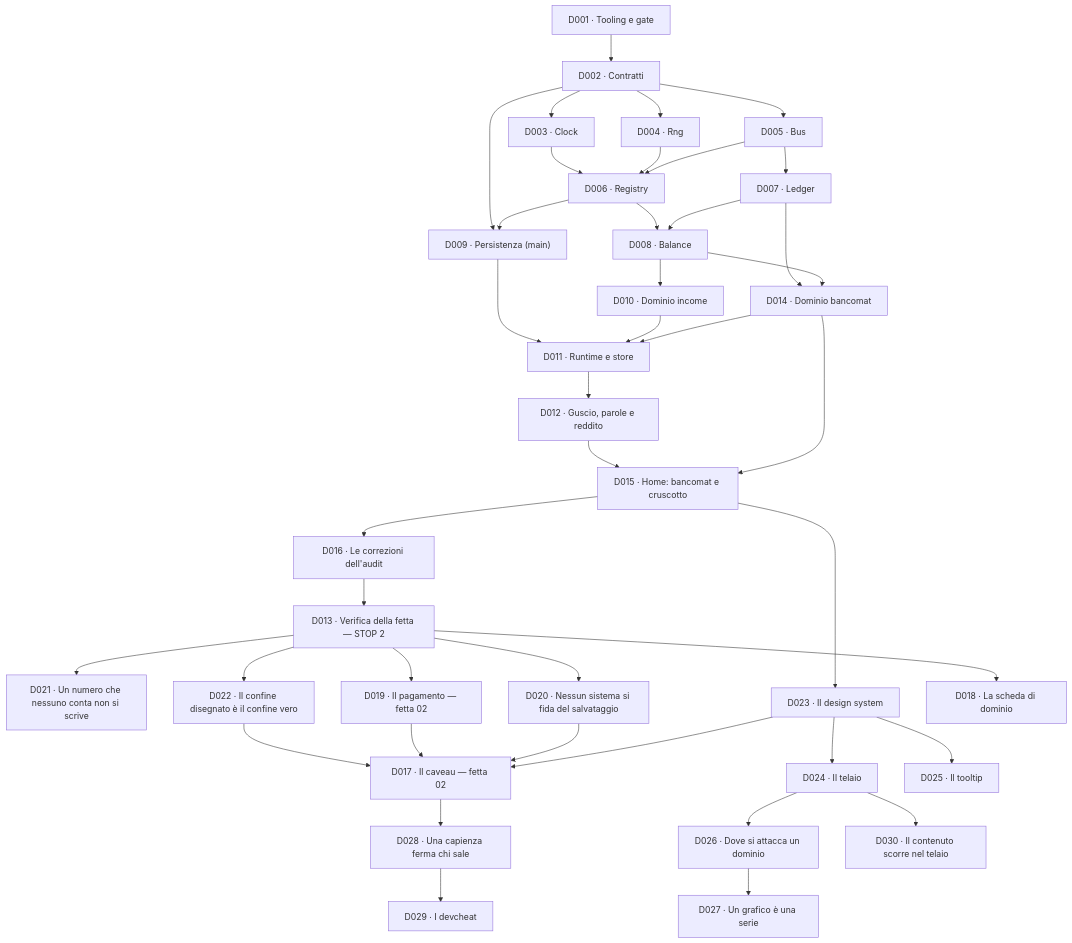
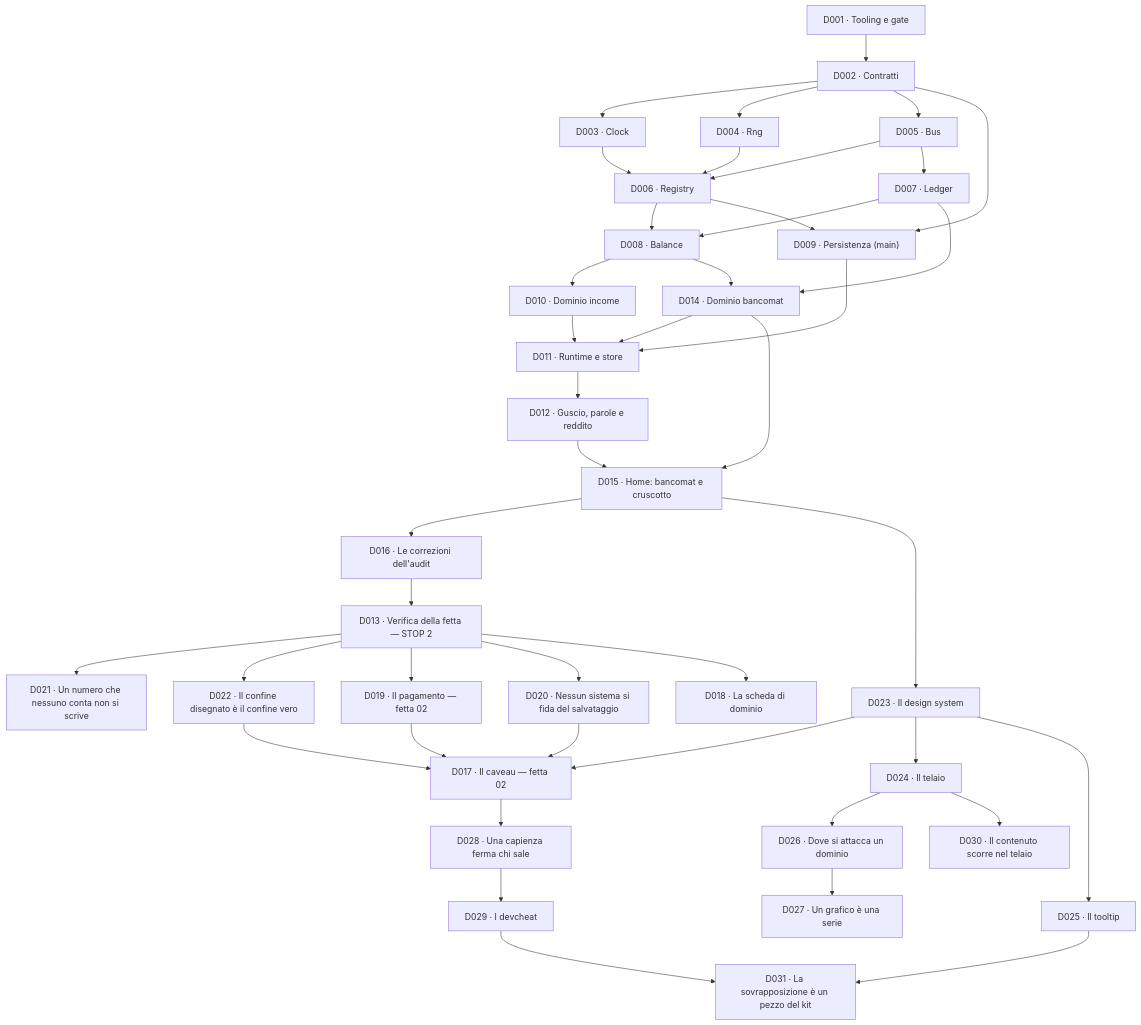
The diagram in docs/delega/README.md (devfrx/solvent), drawn with Mermaid before and after one commit. The commit also changed other lines of this file and 4 other files, not shown here.

````diff
--- a/docs/delega/README.md
+++ b/docs/delega/README.md
@@ -74,43 +74,45 @@
 ```mermaid
 flowchart TD
   D001["D001 · Tooling e gate"] --> D002["D002 · Contratti"]
   D002 --> D003["D003 · Clock"]
   D002 --> D004["D004 · Rng"]
   D002 --> D005["D005 · Bus"]
   D003 --> D006["D006 · Registry"]
   D004 --> D006
   D005 --> D006
   D005 --> D007["D007 · Ledger"]
   D006 --> D008["D008 · Balance"]
   D007 --> D008
   D002 --> D009["D009 · Persistenza (main)"]
   D006 --> D009
   D008 --> D010["D010 · Dominio income"]
   D007 --> D014["D014 · Dominio bancomat"]
   D008 --> D014
   D009 --> D011["D011 · Runtime e store"]
   D010 --> D011
   D014 --> D011
   D011 --> D012["D012 · Guscio, parole e reddito"]
   D012 --> D015["D015 · Home: bancomat e cruscotto"]
   D014 --> D015
   D015 --> D016["D016 · Le correzioni dell'audit"]
   D016 --> D013["D013 · Verifica della fetta — STOP 2"]
   D013 --> D021["D021 · Un numero che nessuno conta non si scrive"]
   D013 --> D022["D022 · Il confine disegnato è il confine vero"]
   D022 --> D017
   D013 --> D019["D019 · Il pagamento — fetta 02"]
   D013 --> D020["D020 · Nessun sistema si fida del salvataggio"]
   D015 --> D023["D023 · Il design system"]
   D019 --> D017["D017 · Il caveau — fetta 02"]
   D020 --> D017
   D023 --> D017
   D013 --> D018["D018 · La scheda di dominio"]
   D023 --> D024["D024 · Il telaio"]
   D023 --> D025["D025 · Il tooltip"]
   D024 --> D026["D026 · Dove si attacca un dominio"]
   D026 --> D027["D027 · Un grafico è una serie"]
   D017 --> D028["D028 · Una capienza ferma chi sale"]
   D028 --> D029["D029 · I devcheat"]
   D024 --> D030["D030 · Il contenuto scorre nel telaio"]
+  D025 --> D031["D031 · La sovrapposizione è un pezzo del kit"]
+  D029 --> D031
 ```
````
